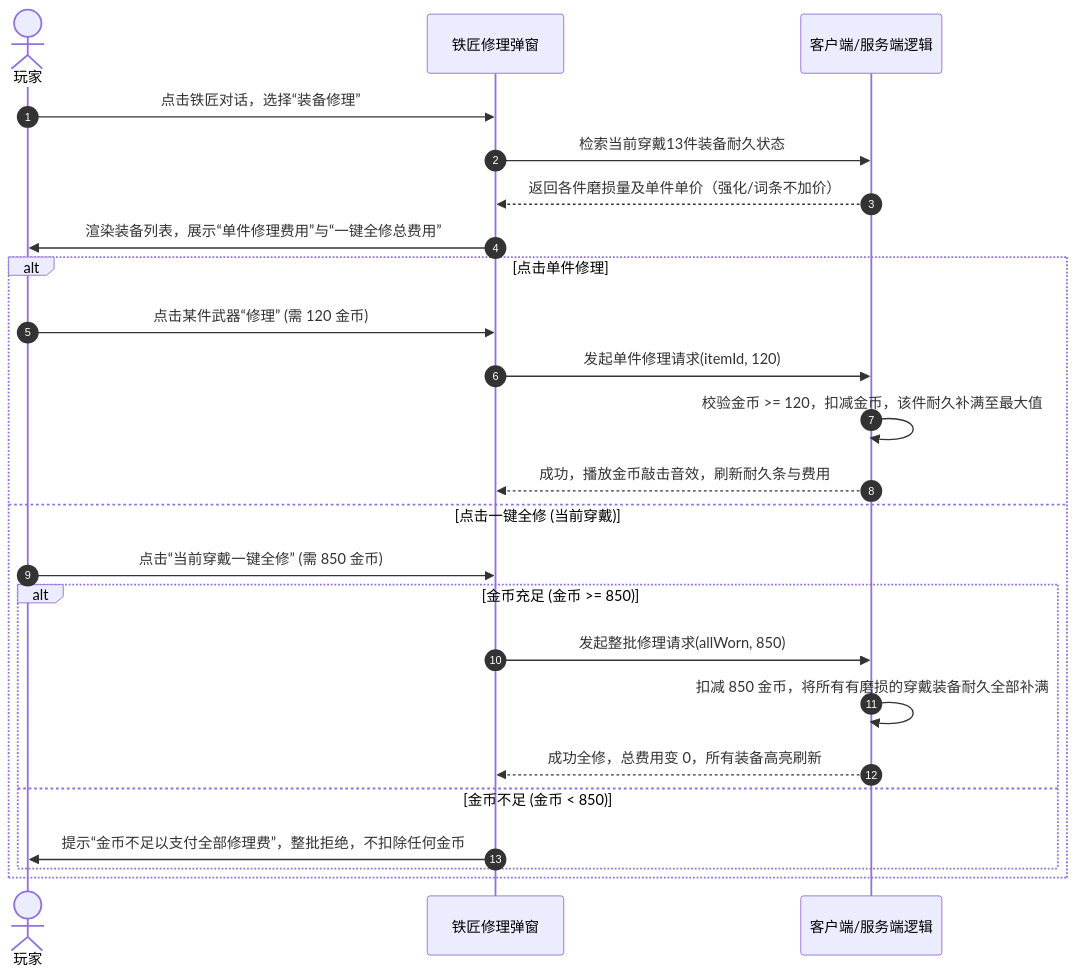
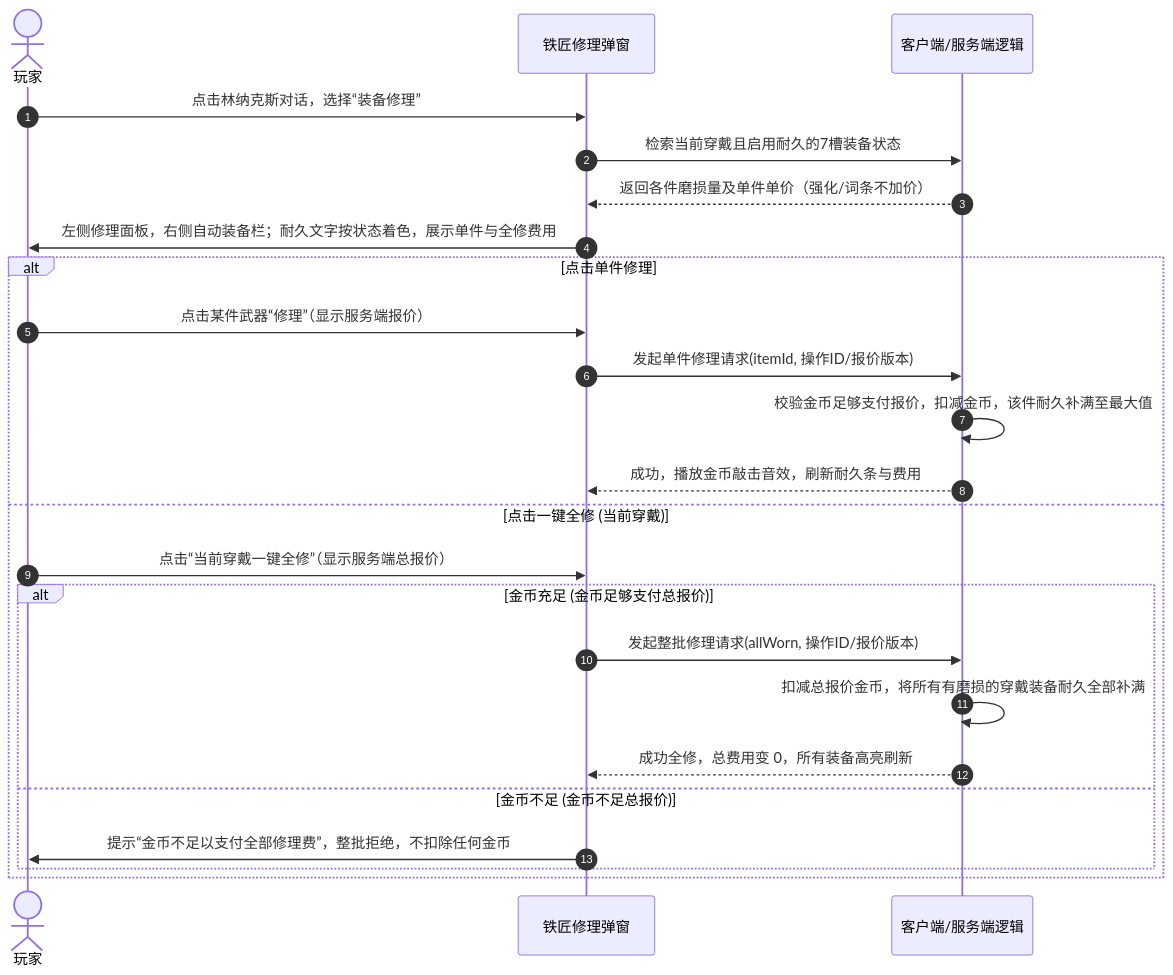
One commit to zhanbh/World-of-308 changed the diagram in docs/design/town-interactions-proposal-v1.md. Above: the diagram before and after it, drawn with Mermaid. The commit also changed other lines of this file and 25 other files, not shown here.

Commit message:
docs: establish UI layout specification v1, town interaction acceptance, and architecture contracts

````diff
--- a/docs/design/town-interactions-proposal-v1.md
+++ b/docs/design/town-interactions-proposal-v1.md
@@ -51,27 +83,27 @@
 ```mermaid
 sequenceDiagram
     autonumber
     actor Player as 玩家
     participant UI as 铁匠修理弹窗
     participant Logic as 客户端/服务端逻辑
     
-    Player->>UI: 点击铁匠对话，选择“装备修理”
-    UI->>Logic: 检索当前穿戴13件装备耐久状态
+    Player->>UI: 点击林纳克斯对话，选择“装备修理”
+    UI->>Logic: 检索当前穿戴且启用耐久的7槽装备状态
     Logic-->>UI: 返回各件磨损量及单件单价（强化/词条不加价）
-    UI->>Player: 渲染装备列表，展示“单件修理费用”与“一键全修总费用”
+    UI->>Player: 左侧修理面板，右侧自动装备栏；耐久文字按状态着色，展示单件与全修费用
     alt 点击单件修理
-        Player->>UI: 点击某件武器“修理” (需 120 金币)
-        UI->>Logic: 发起单件修理请求(itemId, 120)
-        Logic->>Logic: 校验金币 >= 120，扣减金币，该件耐久补满至最大值
+        Player->>UI: 点击某件武器“修理”（显示服务端报价）
+        UI->>Logic: 发起单件修理请求(itemId, 操作ID/报价版本)
+        Logic->>Logic: 校验金币足够支付报价，扣减金币，该件耐久补满至最大值
         Logic-->>UI: 成功，播放金币敲击音效，刷新耐久条与费用
     else 点击一键全修 (当前穿戴)
-        Player->>UI: 点击“当前穿戴一键全修” (需 850 金币)
-        alt 金币充足 (金币 >= 850)
-            UI->>Logic: 发起整批修理请求(allWorn, 850)
-            Logic->>Logic: 扣减 850 金币，将所有有磨损的穿戴装备耐久全部补满
+        Player->>UI: 点击“当前穿戴一键全修”（显示服务端总报价）
+        alt 金币充足 (金币足够支付总报价)
+            UI->>Logic: 发起整批修理请求(allWorn, 操作ID/报价版本)
+            Logic->>Logic: 扣减总报价金币，将所有有磨损的穿戴装备耐久全部补满
             Logic-->>UI: 成功全修，总费用变 0，所有装备高亮刷新
-        else 金币不足 (金币 < 850)
+        else 金币不足 (金币不足总报价)
             UI->>Player: 提示“金币不足以支付全部修理费”，整批拒绝，不扣除任何金币
         end
     end
 ```
````
